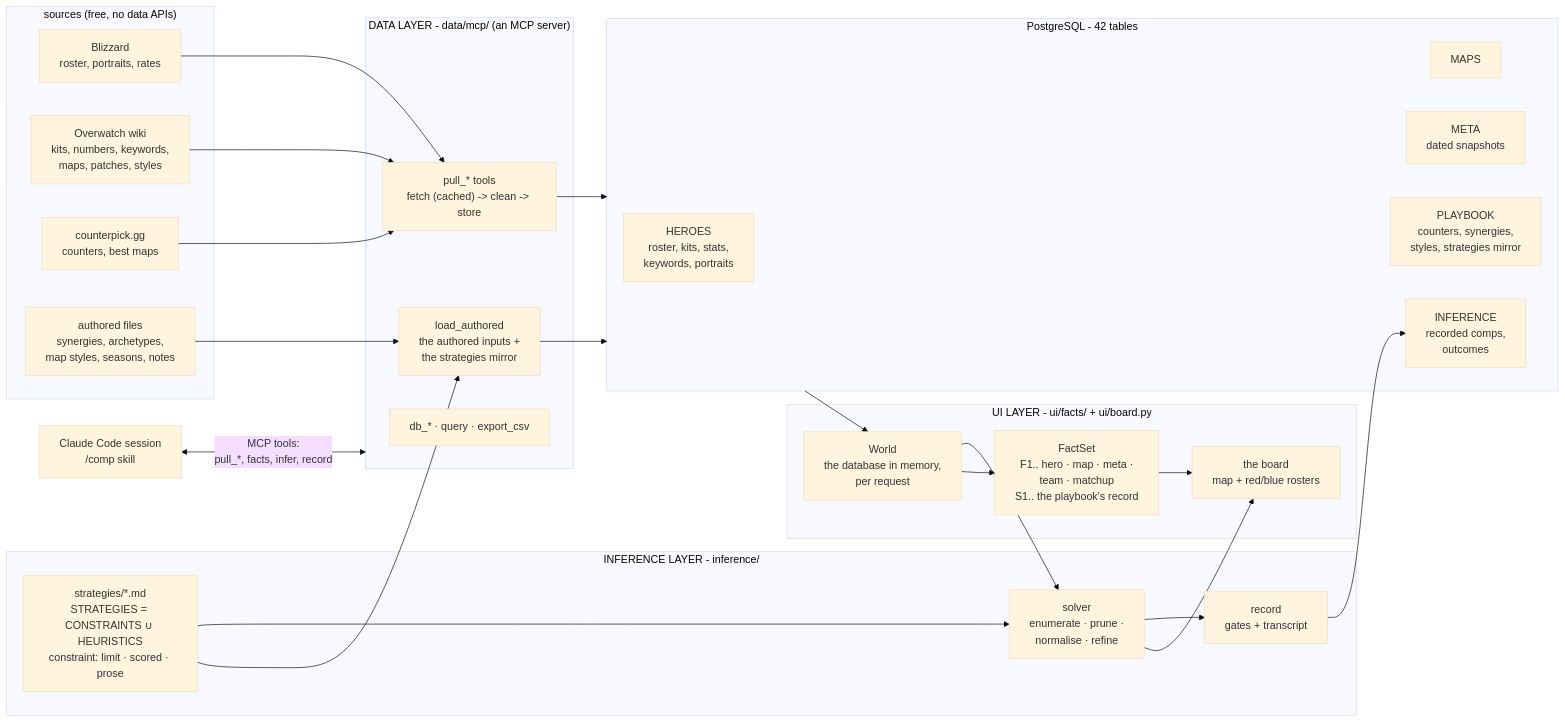
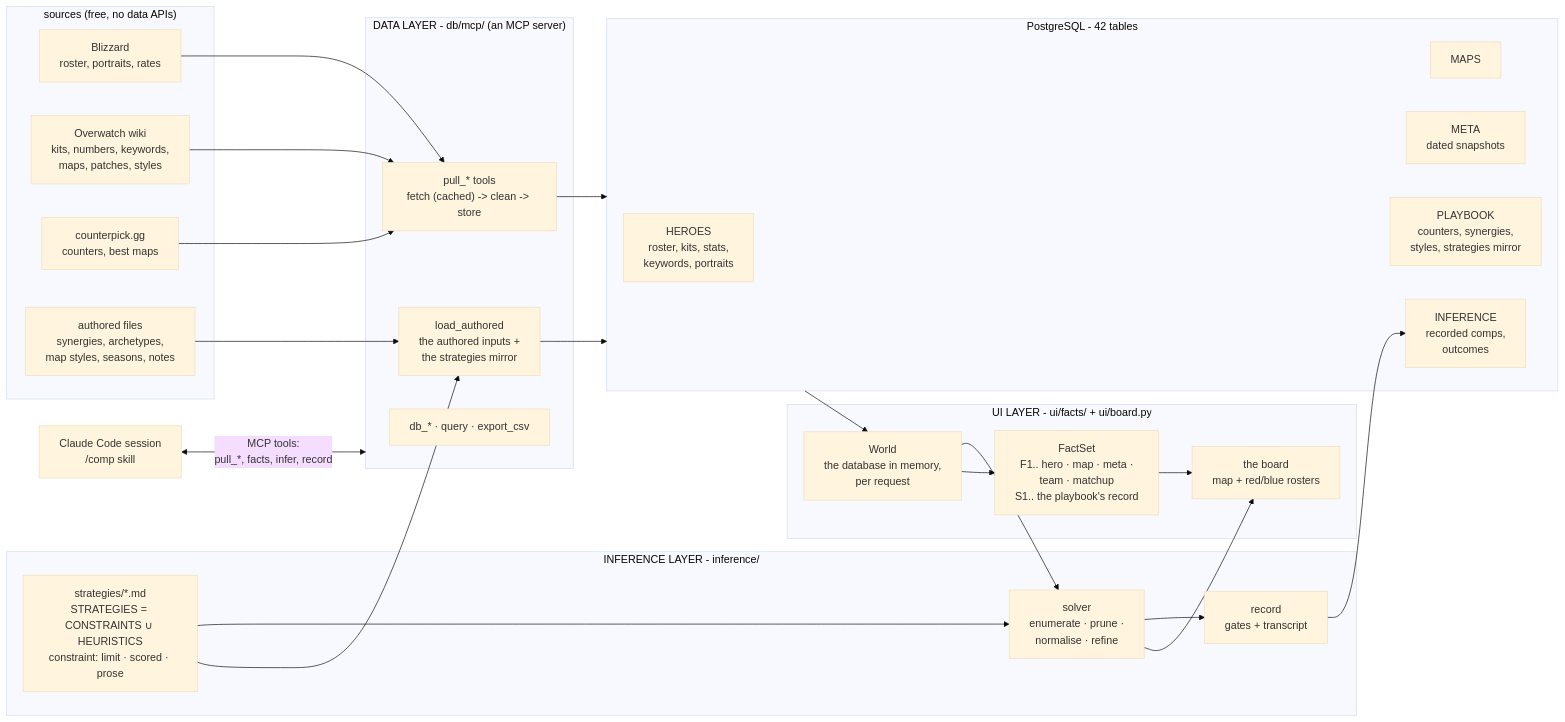
Before and after one commit to mmikol/counter-utility-matrix: the first of 6 diagrams in docs/architecture.md, drawn with Mermaid (base theme). The commit also changed other lines of this file and 110 other files, not shown here.

````diff
--- a/docs/architecture.md
+++ b/docs/architecture.md
@@ -7,46 +7,46 @@
 ```mermaid
 flowchart LR
     subgraph SOURCES["sources (free, no data APIs)"]
         BLZ["Blizzard<br/>roster, portraits, rates"]
         WIKI["Overwatch wiki<br/>kits, numbers, keywords,<br/>maps, patches, styles"]
         CPK["counterpick.gg<br/>counters, best maps"]
         CSV["authored files<br/>synergies, archetypes,<br/>map styles, seasons, notes"]
     end
 
-    subgraph DATA["DATA LAYER - data/mcp/ (an MCP server)"]
+    subgraph DATA["DATA LAYER - db/mcp/ (an MCP server)"]
         PULL["pull_* tools<br/>fetch (cached) -> clean -> store"]
         PLAY["load_authored<br/>the authored inputs +<br/>the strategies mirror"]
         DBT["db_* · query · export_csv"]
     end
 
     subgraph PG["PostgreSQL - 42 tables"]
         HEROES["HEROES<br/>roster, kits, stats,<br/>keywords, portraits"]
         MAPS["MAPS"]
         META["META<br/>dated snapshots"]
         PLAYBOOK["PLAYBOOK<br/>counters, synergies,<br/>styles, strategies mirror"]
         INF["INFERENCE<br/>recorded comps,<br/>outcomes"]
     end
 
     subgraph USER["UI LAYER - ui/facts/ + ui/board.py"]
         WORLD["World<br/>the database in memory,<br/>per request"]
         FACTS["FactSet<br/>F1.. hero · map · meta ·<br/>team · matchup<br/>S1.. the playbook's record"]
         BOARD["the board<br/>map + red/blue rosters"]
     end
 
     subgraph INFER["INFERENCE LAYER - inference/"]
         HEUR["strategies/*.md<br/>STRATEGIES = CONSTRAINTS ∪ HEURISTICS<br/>constraint: limit · scored · prose"]
         SOLVER["solver<br/>enumerate · prune ·<br/>normalise · refine"]
         REC["record<br/>gates + transcript"]
     end
 
     BLZ & WIKI & CPK --> PULL
     CSV --> PLAY
     HEUR --> PLAY
     PULL & PLAY --> PG
     PG --> WORLD --> FACTS --> BOARD
     WORLD --> SOLVER
     HEUR --> SOLVER
     SOLVER --> BOARD
     SOLVER --> REC --> INF
     CHAT["Claude Code session<br/>/comp skill"] <-->|"MCP tools:<br/>pull_*, facts, infer, record"| DATA
 ```
````
